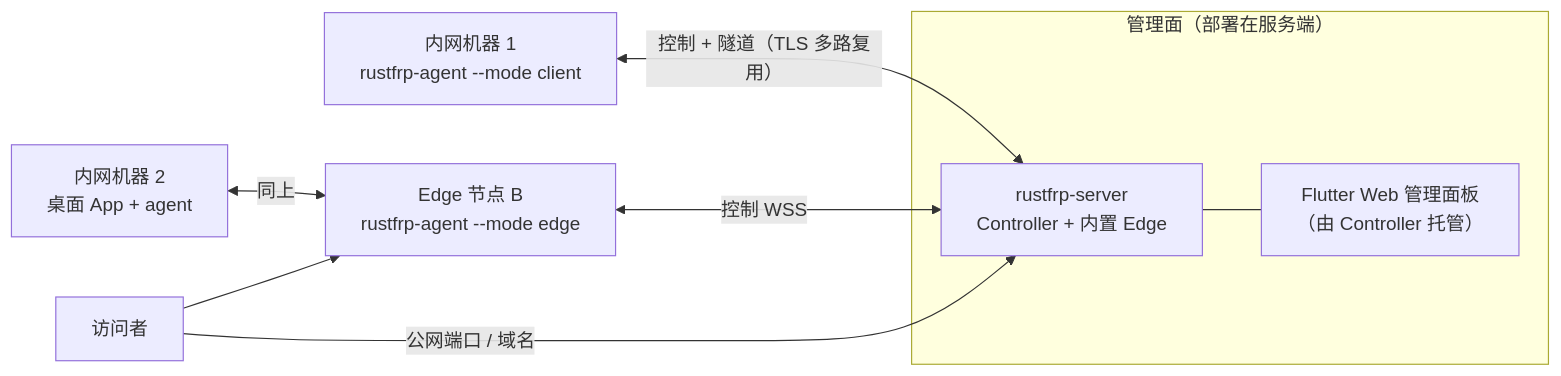
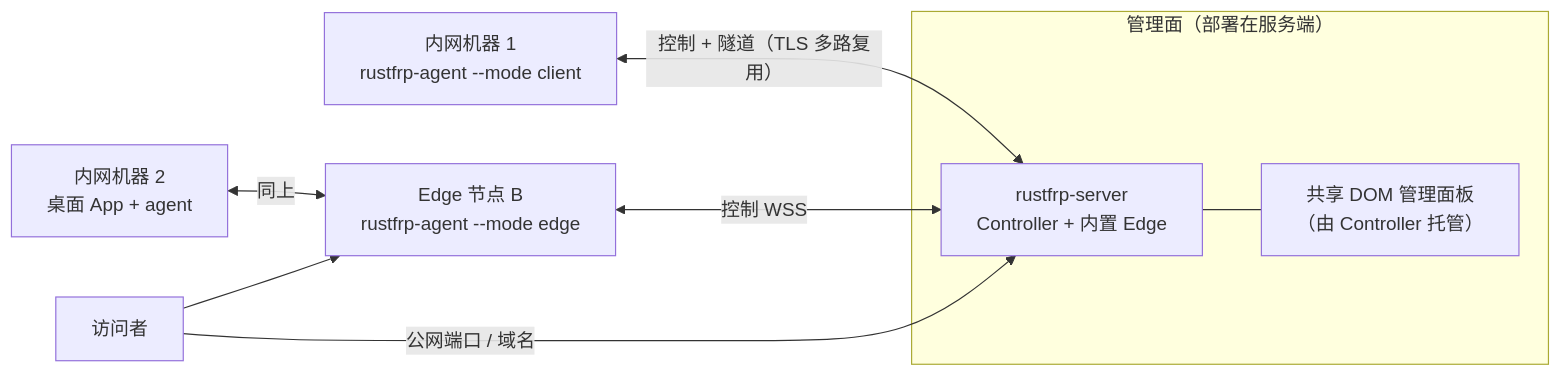
Before and after one commit to yuhuotech/RustFRP: the diagram in docs/RUSTFRP_PRD_V1.0.md, drawn with Mermaid. The commit also changed other lines of this file and 219 other files, not shown here.

````diff
--- a/docs/RUSTFRP_PRD_V1.0.md
+++ b/docs/RUSTFRP_PRD_V1.0.md
@@ -68,18 +70,18 @@
 ```mermaid
 flowchart LR
   subgraph Panel["管理面（部署在服务端）"]
     C["rustfrp-server<br/>Controller + 内置 Edge"]
-    UI["Flutter Web 管理面板<br/>（由 Controller 托管）"]
+    UI["共享 DOM 管理面板<br/>（由 Controller 托管）"]
     C --- UI
   end
   E2["Edge 节点 B<br/>rustfrp-agent --mode edge"]
   A1["内网机器 1<br/>rustfrp-agent --mode client"]
   A2["内网机器 2<br/>桌面 App + agent"]
   V["访问者"]
 
   A1 <-->|"控制 + 隧道（TLS 多路复用）"| C
   A2 <-->|"同上"| E2
   E2 <-->|"控制 WSS"| C
   V -->|"公网端口 / 域名"| C
   V --> E2
 ```
````
